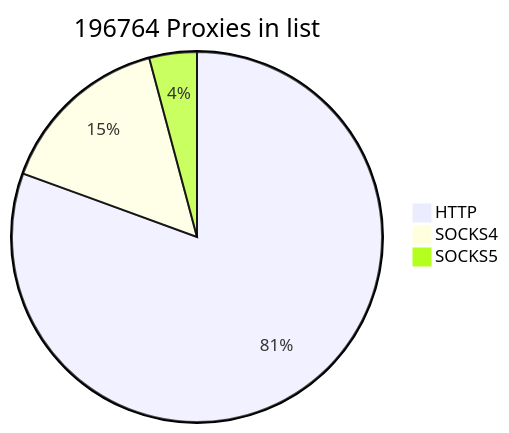
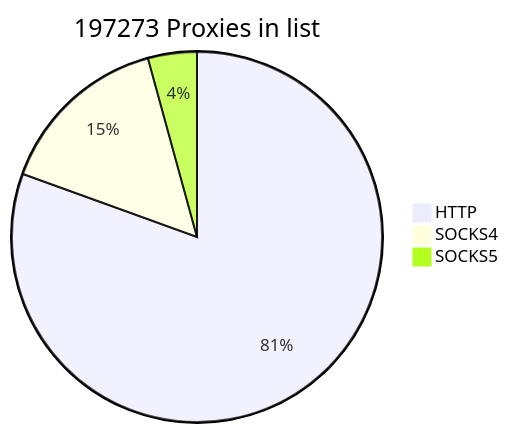
Before and after one commit to cutipu/proxylist: the first of 2 diagrams in README.md, drawn with Mermaid. The commit also changed other lines of this file, not shown here.

````diff
--- a/README.md
+++ b/README.md
@@ -2,7 +2,7 @@
 ```mermaid
-pie title 196764 Proxies in list
-    "HTTP" : 158532
-    "SOCKS4" : 30061
-    "SOCKS5" : 8171
+pie title 197273 Proxies in list
+    "HTTP" : 158860
+    "SOCKS4" : 30002
+    "SOCKS5" : 8411
             
 ```
````
